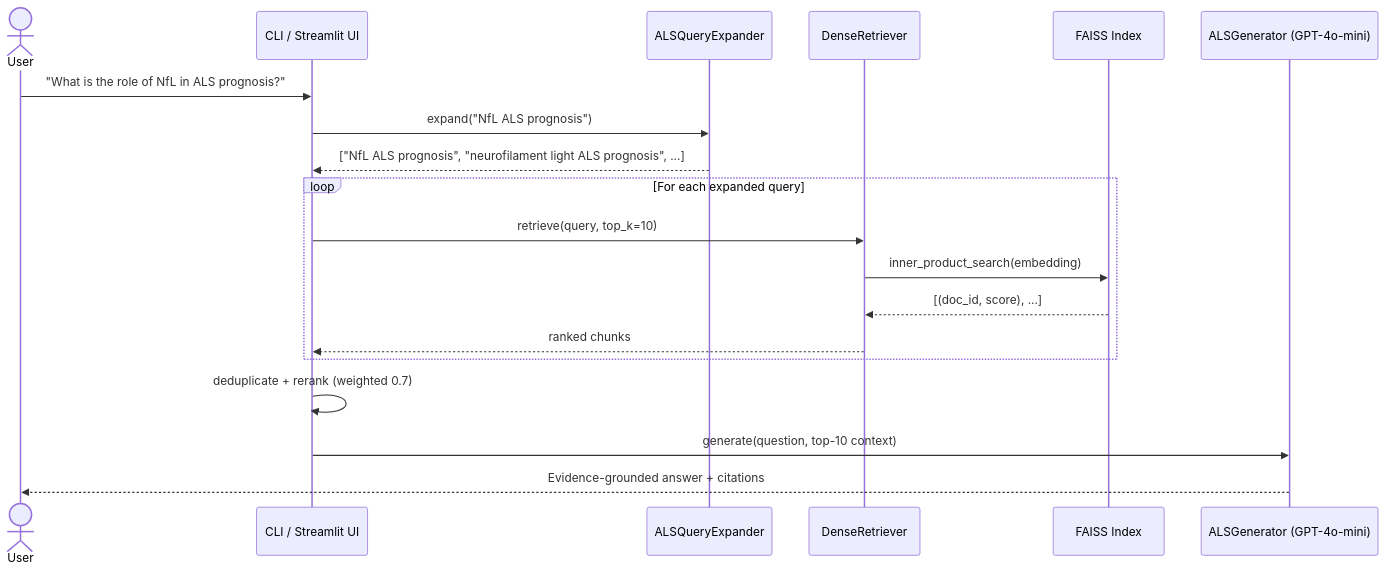
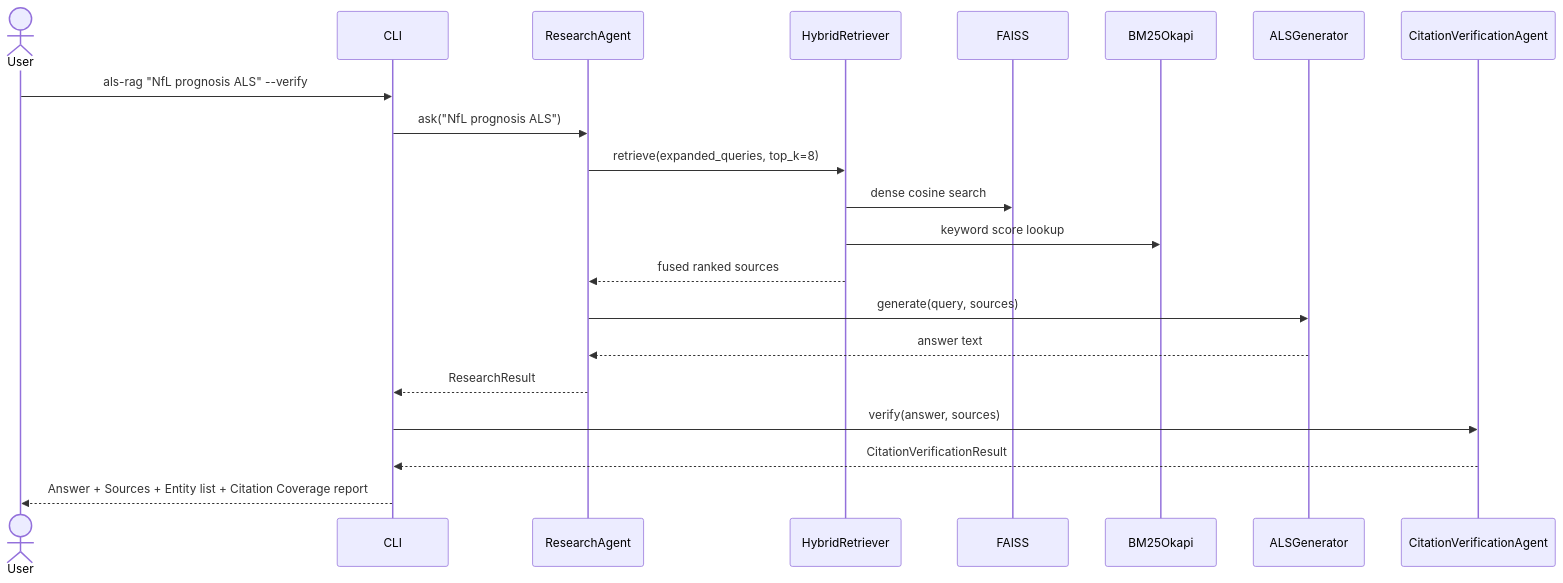
The second of 4 diagrams in README.md (hkevin01/als-rag), drawn with Mermaid before and after one commit. The commit also changed other lines of this file, not shown here.

Commit message:
Implement feature X to enhance user experience and fix bug Y in module Z

````diff
--- a/README.md
+++ b/README.md
@@ -141,22 +247,24 @@
 ```mermaid
 sequenceDiagram
     actor User
-    participant CLI as CLI / Streamlit UI
-    participant QE as ALSQueryExpander
-    participant DR as DenseRetriever
-    participant FAISS as FAISS Index
-    participant GEN as ALSGenerator (GPT-4o-mini)
+    participant CLI
+    participant RA as ResearchAgent
+    participant HR as HybridRetriever
+    participant FAISS
+    participant BM25 as BM25Okapi
+    participant GEN as ALSGenerator
+    participant CVA as CitationVerificationAgent
 
-    User->>CLI: "What is the role of NfL in ALS prognosis?"
-    CLI->>QE: expand("NfL ALS prognosis")
-    QE-->>CLI: ["NfL ALS prognosis", "neurofilament light ALS prognosis", ...]
-    loop For each expanded query
-        CLI->>DR: retrieve(query, top_k=10)
-        DR->>FAISS: inner_product_search(embedding)
-        FAISS-->>DR: [(doc_id, score), ...]
-        DR-->>CLI: ranked chunks
-    end
-    CLI->>CLI: deduplicate + rerank (weighted 0.7)
-    CLI->>GEN: generate(question, top-10 context)
-    GEN-->>User: Evidence-grounded answer + citations
+    User->>CLI: als-rag "NfL prognosis ALS" --verify
+    CLI->>RA: ask("NfL prognosis ALS")
+    RA->>HR: retrieve(expanded_queries, top_k=8)
+    HR->>FAISS: dense cosine search
+    HR->>BM25: keyword score lookup
+    HR-->>RA: fused ranked sources
+    RA->>GEN: generate(query, sources)
+    GEN-->>RA: answer text
+    RA-->>CLI: ResearchResult
+    CLI->>CVA: verify(answer, sources)
+    CVA-->>CLI: CitationVerificationResult
+    CLI-->>User: Answer + Sources + Entity list + Citation Coverage report
 ```
````
